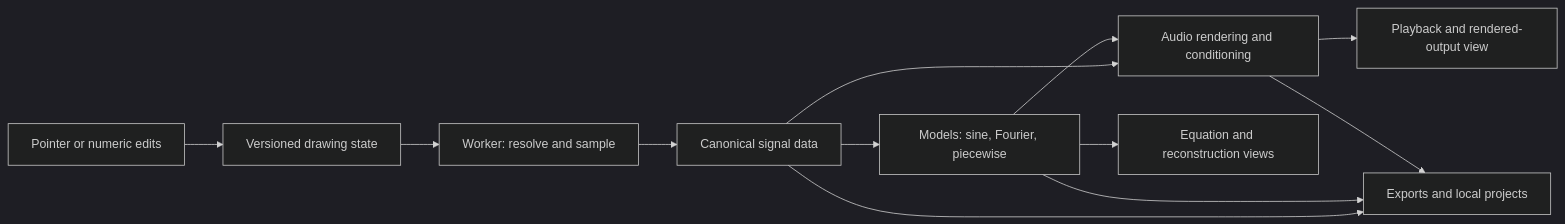
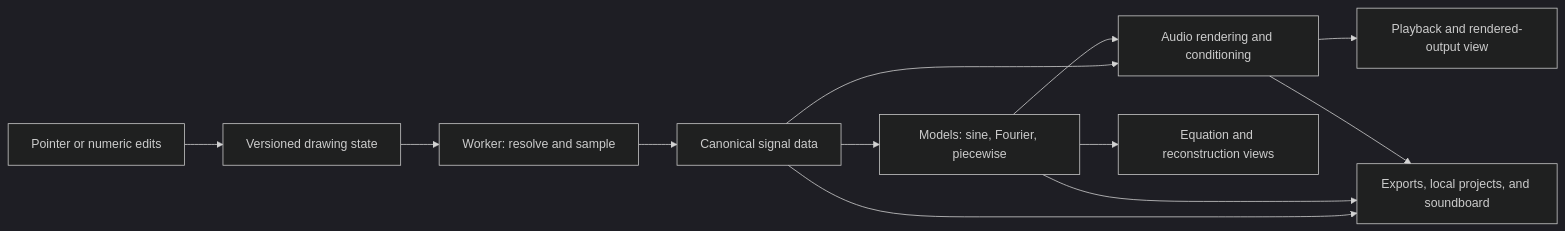
One commit to CurtisTechSolutions/SIGINTTool changed the diagram in docs/TECHNICAL_DESIGN.md. Above: the diagram before and after it, drawn with Mermaid (dark theme). The commit also changed other lines of this file, not shown here.

Commit message:
docs: add saved-sound soundboard requirements

```diff
--- a/docs/TECHNICAL_DESIGN.md
+++ b/docs/TECHNICAL_DESIGN.md
@@ -18,14 +18,14 @@
 ~~~mermaid
 flowchart LR
     A[Pointer or numeric edits] --> B[Versioned drawing state]
     B --> C[Worker: resolve and sample]
     C --> D[Canonical signal data]
     D --> E[Models: sine, Fourier, piecewise]
     D --> F[Audio rendering and conditioning]
     E --> F
     E --> G[Equation and reconstruction views]
     F --> H[Playback and rendered-output view]
-    D --> I[Exports and local projects]
+    D --> I[Exports, local projects, and soundboard]
     E --> I
     F --> I
 ~~~
```
